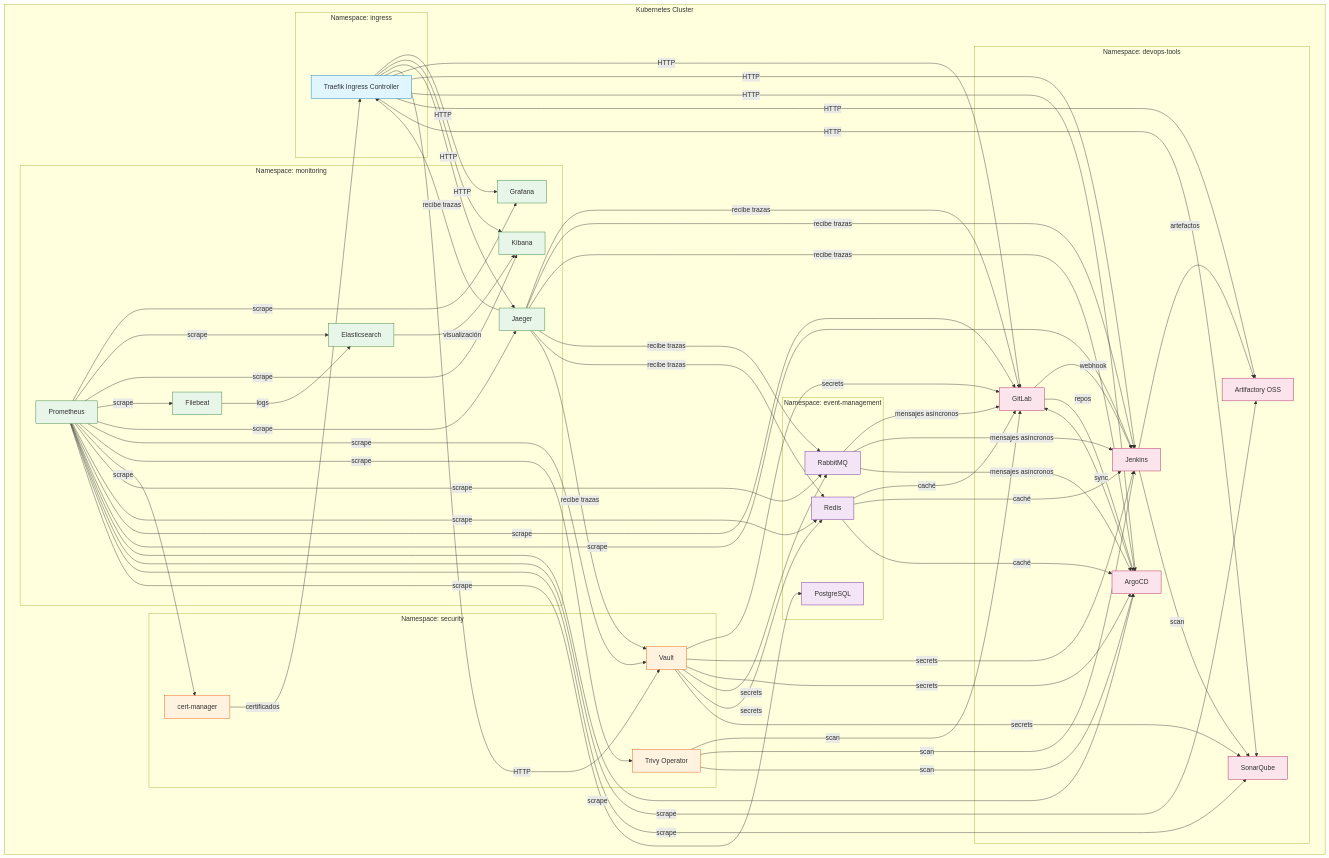
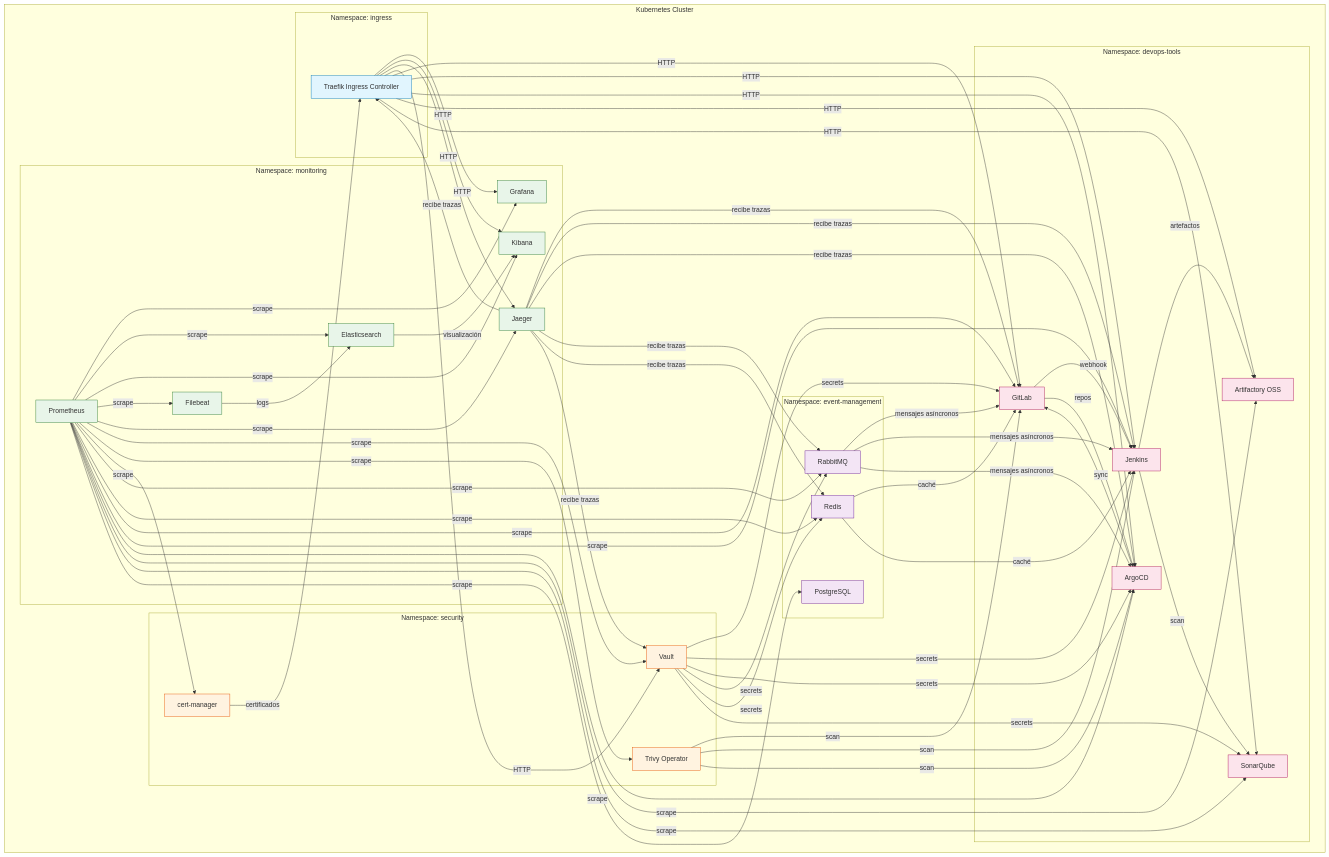
The diagram in README.md (jantolino/microservices-platform), drawn with Mermaid before and after one commit. The commit also changed 49 other files, not shown here.

```diff
--- a/README.md
+++ b/README.md
@@ -146,7 +146,6 @@
         RabbitMQ -->|mensajes asíncronos| ArgoCD
         Redis -->|caché| GitLab
         Redis -->|caché| Jenkins
-        Redis -->|caché| ArgoCD
     end
 
     %% Estilos
```
